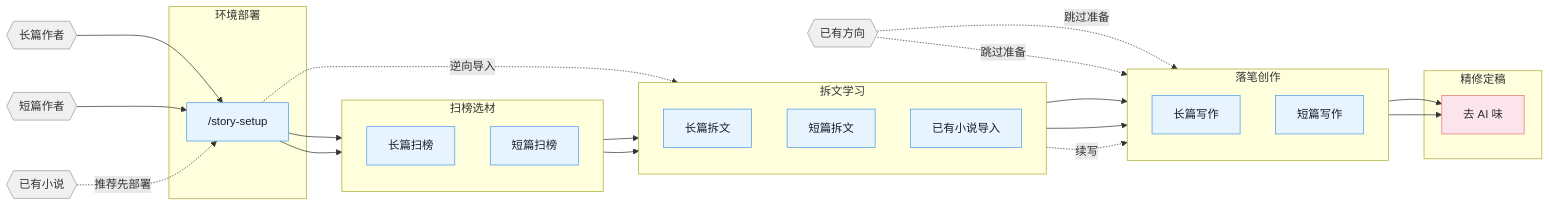
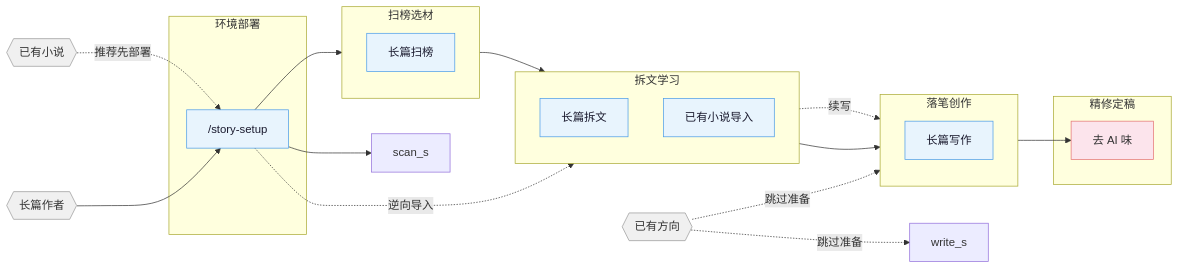
One commit to Chained1001/mo-shu changed the diagram in README.md. Above: the diagram before and after it, drawn with Mermaid. The commit also changed other lines of this file and 5 other files, not shown here.

````diff
--- a/README.md
+++ b/README.md
@@ -29,54 +29,46 @@
 ```mermaid
 flowchart LR
     classDef entry fill:#f0f0f0,color:#333,stroke:#999,stroke-width:1px
     classDef phase fill:#e8f4fd,color:#1a1a2e,stroke:#4a9be8,stroke-width:1px
     classDef final fill:#fce4ec,color:#333,stroke:#e57373,stroke-width:1px
 
     entry_l{{"长篇作者"}}:::entry
-    entry_s{{"短篇作者"}}:::entry
     entry_r{{"已有方向"}}:::entry
     entry_i{{"已有小说"}}:::entry
 
     subgraph S0 ["  环境部署"]
         setup["/story-setup"]:::phase
     end
 
     subgraph S1 ["  扫榜选材"]
         direction TB
         scan_l["长篇扫榜"]:::phase
-        scan_s["短篇扫榜"]:::phase
     end
 
     subgraph S2 ["  拆文学习"]
         direction TB
         analyze_l["长篇拆文"]:::phase
-        analyze_s["短篇拆文"]:::phase
         import_l["已有小说导入"]:::phase
     end
 
     subgraph S3 ["  落笔创作"]
         direction TB
         write_l["长篇写作"]:::phase
-        write_s["短篇写作"]:::phase
     end
 
     subgraph S4 ["  精修定稿"]
         deslop["去 AI 味"]:::final
     end
 
     entry_l --> setup
-    entry_s --> setup
     setup --> scan_l
     setup --> scan_s
     scan_l --> analyze_l
-    scan_s --> analyze_s
     analyze_l --> write_l
-    analyze_s --> write_s
     entry_r -.->|跳过准备| write_l
     entry_r -.->|跳过准备| write_s
     entry_i -.->|推荐先部署| setup
     setup -.->|逆向导入| import_l
     import_l -.->|续写| write_l
     write_l --> deslop
-    write_s --> deslop
 ```
````
